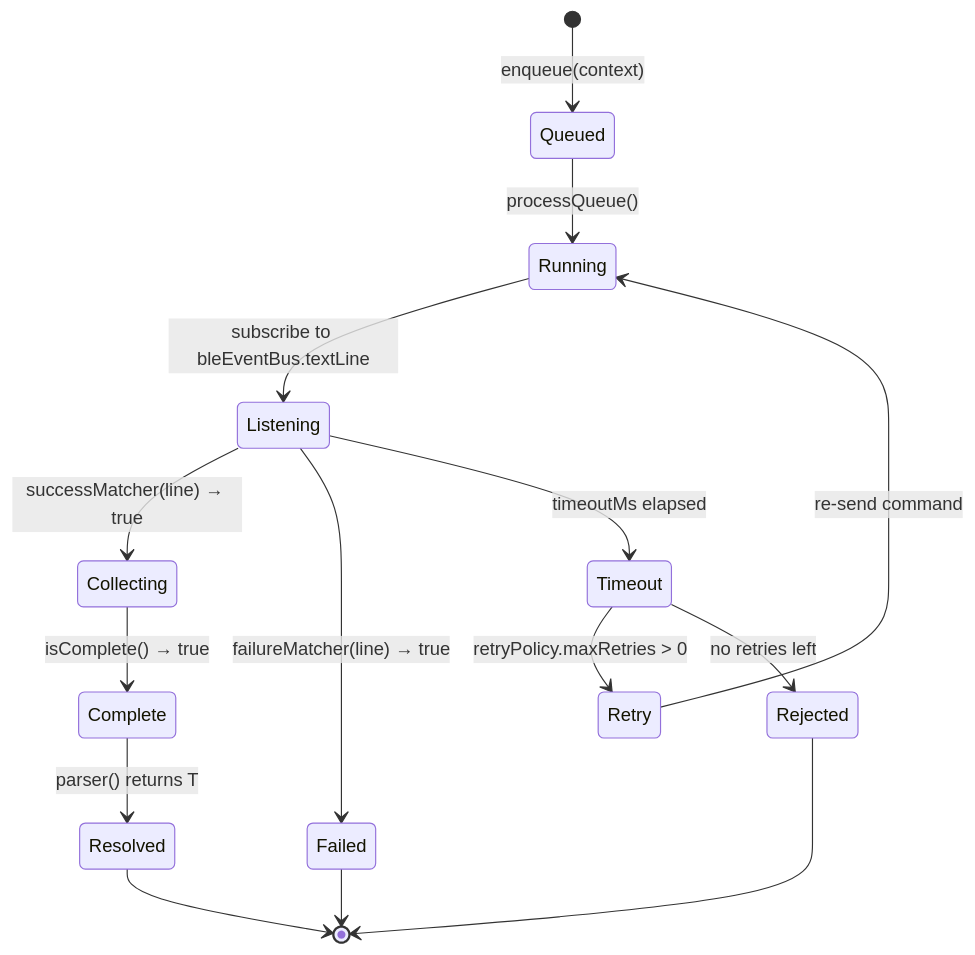
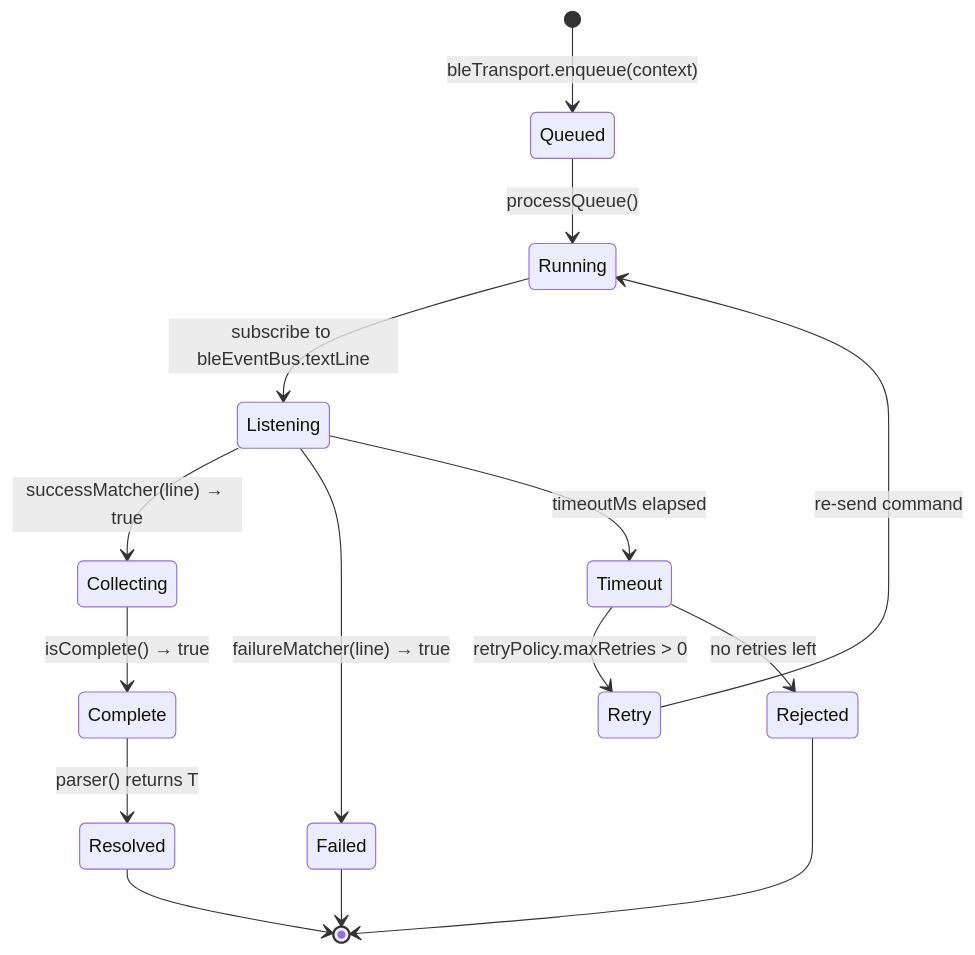
One commit to wildlifeai/ww-mobile-app changed the fourth of 5 diagrams in documentation/resources/BLE_Architecture.md. Above: the diagram before and after it, drawn with Mermaid. The commit also changed other lines of this file and 8 other files, not shown here.

First line of the commit message:
refactor(ble): consolidate transport into FSM

````diff
--- a/documentation/resources/BLE_Architecture.md
+++ b/documentation/resources/BLE_Architecture.md
@@ -380,18 +419,18 @@
 ```mermaid
 stateDiagram-v2
-    [*] --> Queued: enqueue(context)
+    [*] --> Queued: bleTransport.enqueue(context)
     Queued --> Running: processQueue()
     Running --> Listening: subscribe to bleEventBus.textLine
     Listening --> Collecting: successMatcher(line) → true
     Collecting --> Complete: isComplete() → true
     Complete --> Resolved: parser() returns T
     Listening --> Failed: failureMatcher(line) → true
     Listening --> Timeout: timeoutMs elapsed
     Timeout --> Retry: retryPolicy.maxRetries > 0
     Retry --> Running: re-send command
     Timeout --> Rejected: no retries left
 
     Resolved --> [*]
     Failed --> [*]
     Rejected --> [*]
 ```
````
